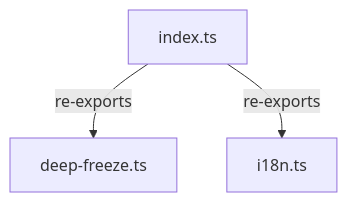
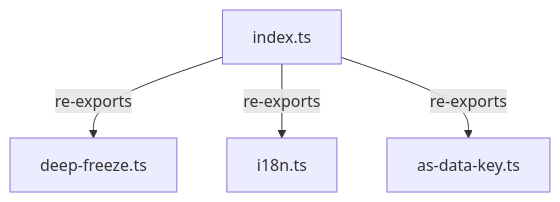
The diagram in packages/core/src/engine/helpers/.context.md (WianVDM/schema-framework), drawn with Mermaid before and after one commit. The commit also changed other lines of this file and 6 other files, not shown here.

First line of the commit message:
fix: brand DataKey in gridSchemaValidator and eliminate unsafe casts

````diff
--- a/packages/core/src/engine/helpers/.context.md
+++ b/packages/core/src/engine/helpers/.context.md
@@ -12,5 +13,6 @@
 ```mermaid
 graph TD
     index.ts -->|re-exports| deep-freeze.ts
     index.ts -->|re-exports| i18n.ts
+    index.ts -->|re-exports| as-data-key.ts
 ```
````
